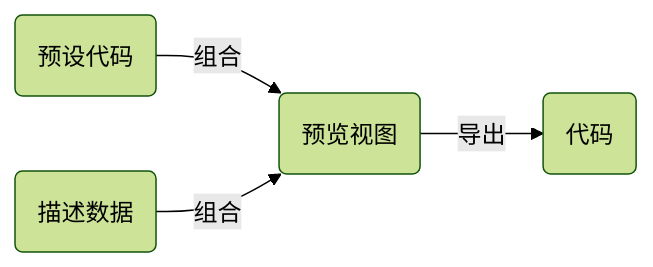
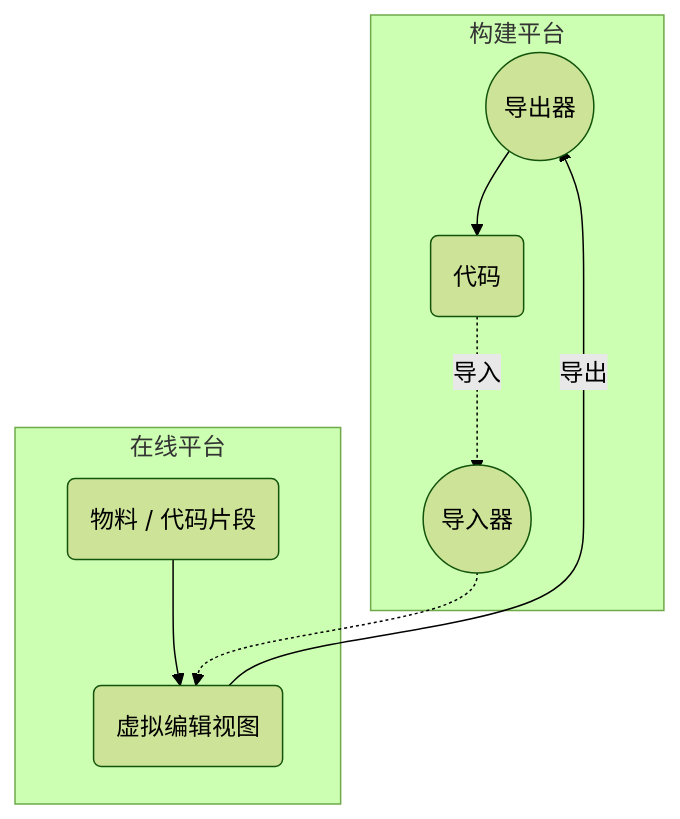
Before and after one commit to SpencerYang148/web-knowledge: the first of 2 diagrams in 工程化/低代码/实现思路/初步思路.md, drawn with Mermaid (forest theme). The commit also changed other lines of this file, not shown here.

````diff
--- a/工程化/低代码/实现思路/初步思路.md
+++ b/工程化/低代码/实现思路/初步思路.md
@@ -2,8 +2,17 @@
 ```mermaid
-graph LR
-A(预设代码)
-B(描述数据)
-C(预览视图)
-D(代码)
-A & B --组合--> C --导出--> D
+flowchart TB
+subgraph 在线平台
+B(虚拟编辑视图)
+C(物料 / 代码片段)
+C --> B
+end
+subgraph 构建平台
+A(代码)
+2((导出器)):::processor
+3((导入器)):::processor
+B --导出--> 2
+2 --> A
+A -.导入.-> 3 -.-> B
+end
+classDef processor r:36px;
 ```
````
